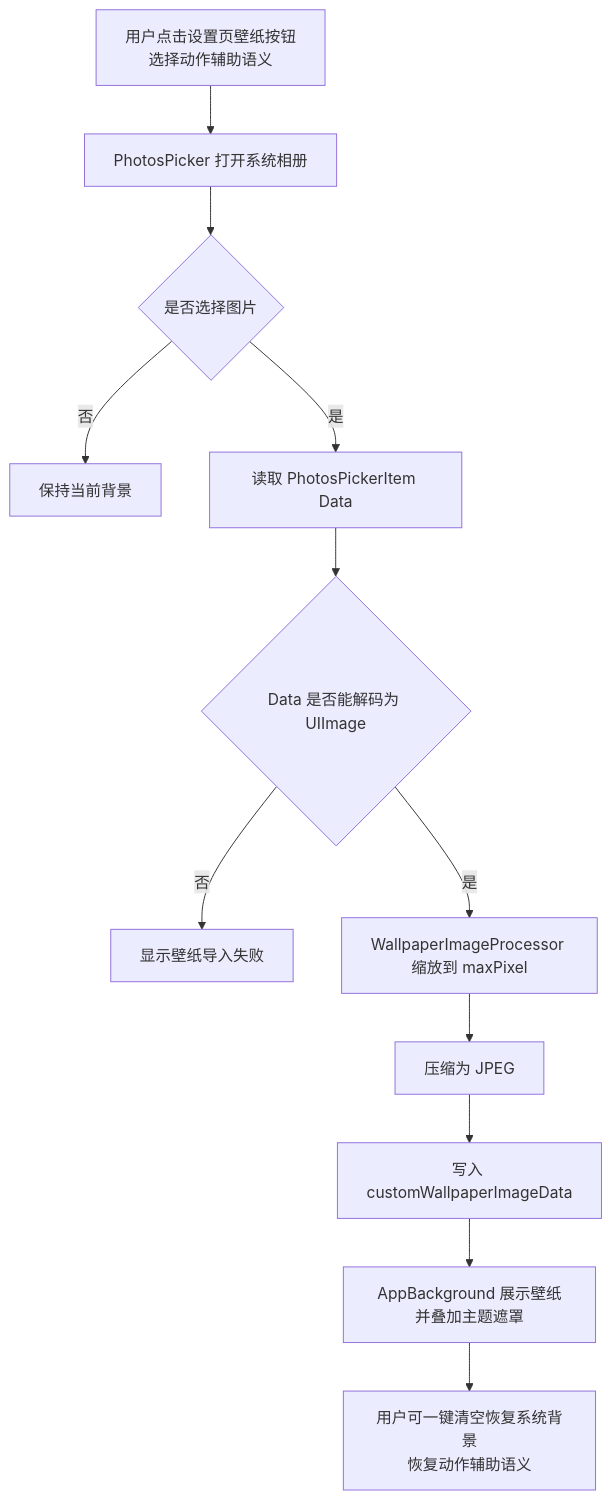
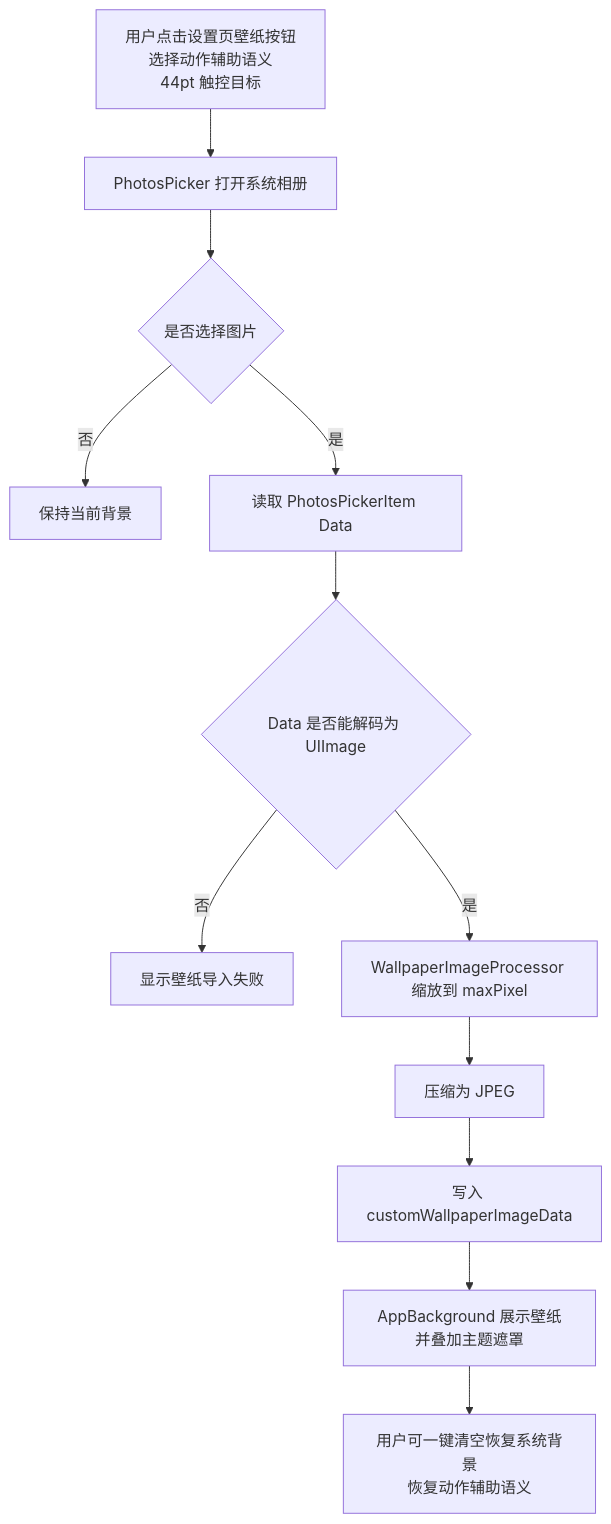
The sixth of 10 diagrams in md/flow/flowchart.md (Altman-sam114/113), drawn with Mermaid before and after one commit. The commit also changed other lines of this file and 8 other files, not shown here.

Commit message:
v2.32: 优化设置页图标动作触控目标

````diff
--- a/md/flow/flowchart.md
+++ b/md/flow/flowchart.md
@@ -110,14 +110,14 @@
 ```mermaid
 flowchart TD
-    A[用户点击设置页壁纸按钮<br/>选择动作辅助语义] --> B[PhotosPicker 打开系统相册]
+    A[用户点击设置页壁纸按钮<br/>选择动作辅助语义<br/>44pt 触控目标] --> B[PhotosPicker 打开系统相册]
     B --> C{是否选择图片}
     C -- 否 --> D[保持当前背景]
     C -- 是 --> E[读取 PhotosPickerItem Data]
     E --> F{Data 是否能解码为 UIImage}
     F -- 否 --> G[显示壁纸导入失败]
     F -- 是 --> H[WallpaperImageProcessor 缩放到 maxPixel]
     H --> I[压缩为 JPEG]
     I --> J[写入 customWallpaperImageData]
     J --> K[AppBackground 展示壁纸并叠加主题遮罩]
     K --> L[用户可一键清空恢复系统背景<br/>恢复动作辅助语义]
 ```
````
